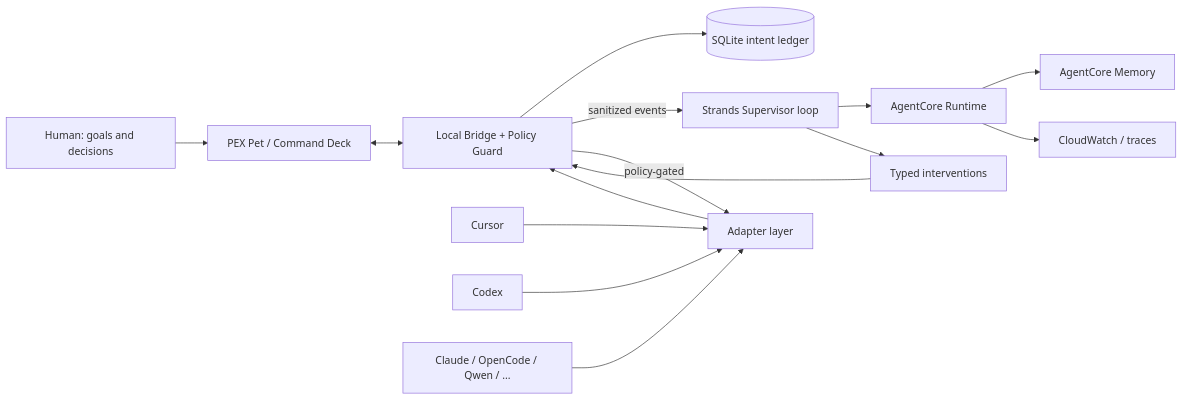
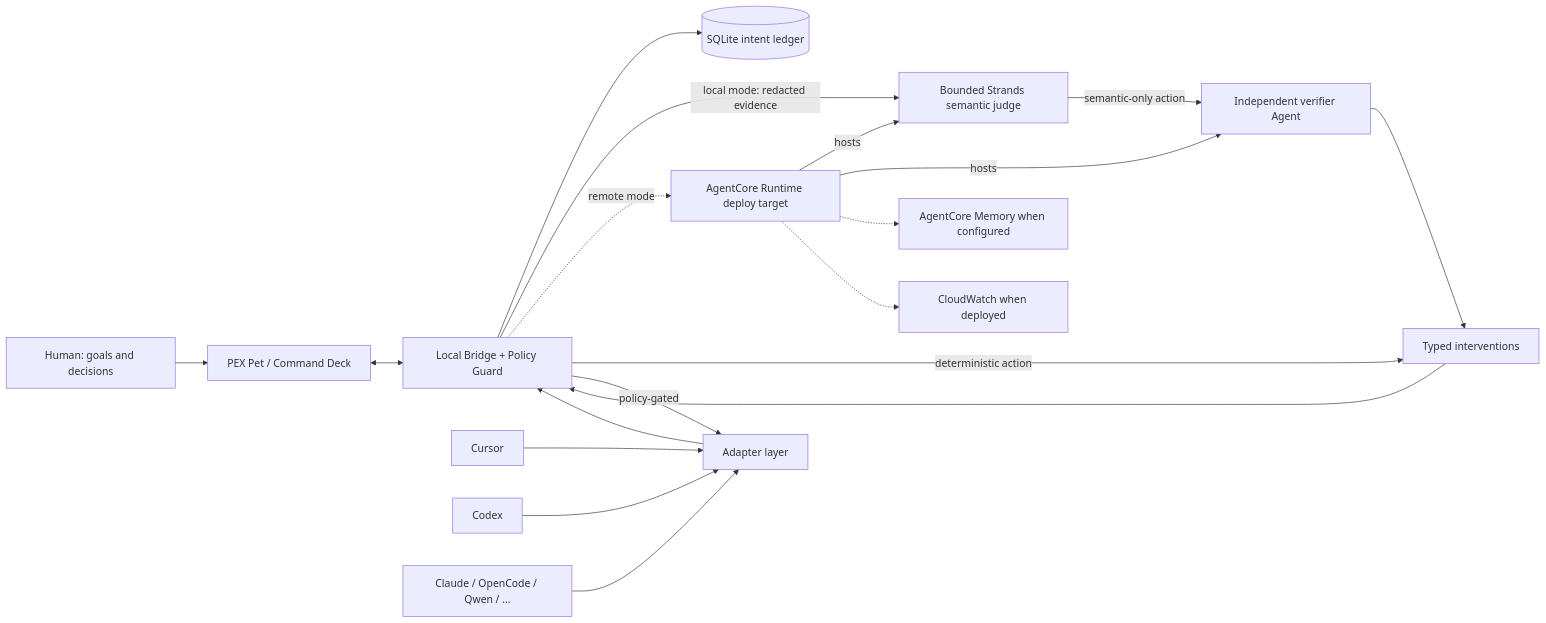
The diagram in README.md (josepha-mayo/pex), drawn with Mermaid before and after one commit. The commit also changed other lines of this file and 361 other files, not shown here.

````diff
--- a/README.md
+++ b/README.md
@@ -86,31 +93,36 @@
 ```mermaid
 flowchart LR
   human[Human: goals and decisions]
   pet[PEX Pet / Command Deck]
   bridge[Local Bridge + Policy Guard]
   store[(SQLite intent ledger)]
   adapters[Adapter layer]
   cursor[Cursor]
   codex[Codex]
   others[Claude / OpenCode / Qwen / ...]
-  strands[Strands Supervisor loop]
-  runtime[AgentCore Runtime]
-  memory[AgentCore Memory]
-  cw[CloudWatch / traces]
+  strands[Bounded Strands semantic judge]
+  verifier[Independent verifier Agent]
+  runtime[AgentCore Runtime deploy target]
+  memory[AgentCore Memory when configured]
+  cw[CloudWatch when deployed]
   out[Typed interventions]
 
   human --> pet
   pet <--> bridge
   cursor --> adapters
   codex --> adapters
   others --> adapters
   adapters --> bridge
   bridge --> store
-  bridge -->|sanitized events| strands
-  strands --> runtime
-  runtime --> memory
-  runtime --> cw
-  strands --> out
+  bridge -->|local mode: redacted evidence| strands
+  bridge -.->|remote mode| runtime
+  runtime -->|hosts| strands
+  runtime -->|hosts| verifier
+  runtime -.-> memory
+  runtime -.-> cw
+  strands -->|semantic-only action| verifier
+  verifier --> out
+  bridge -->|deterministic action| out
   out --> bridge
   bridge -->|policy-gated| adapters
 ```
````
